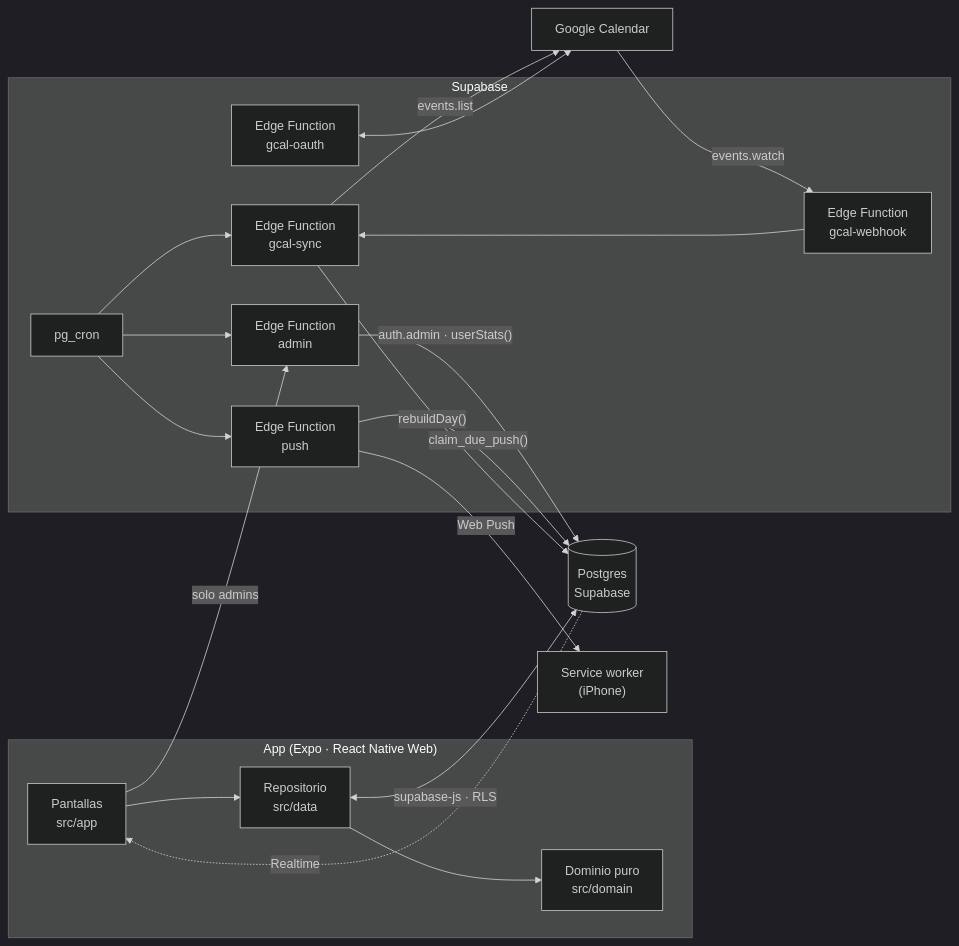
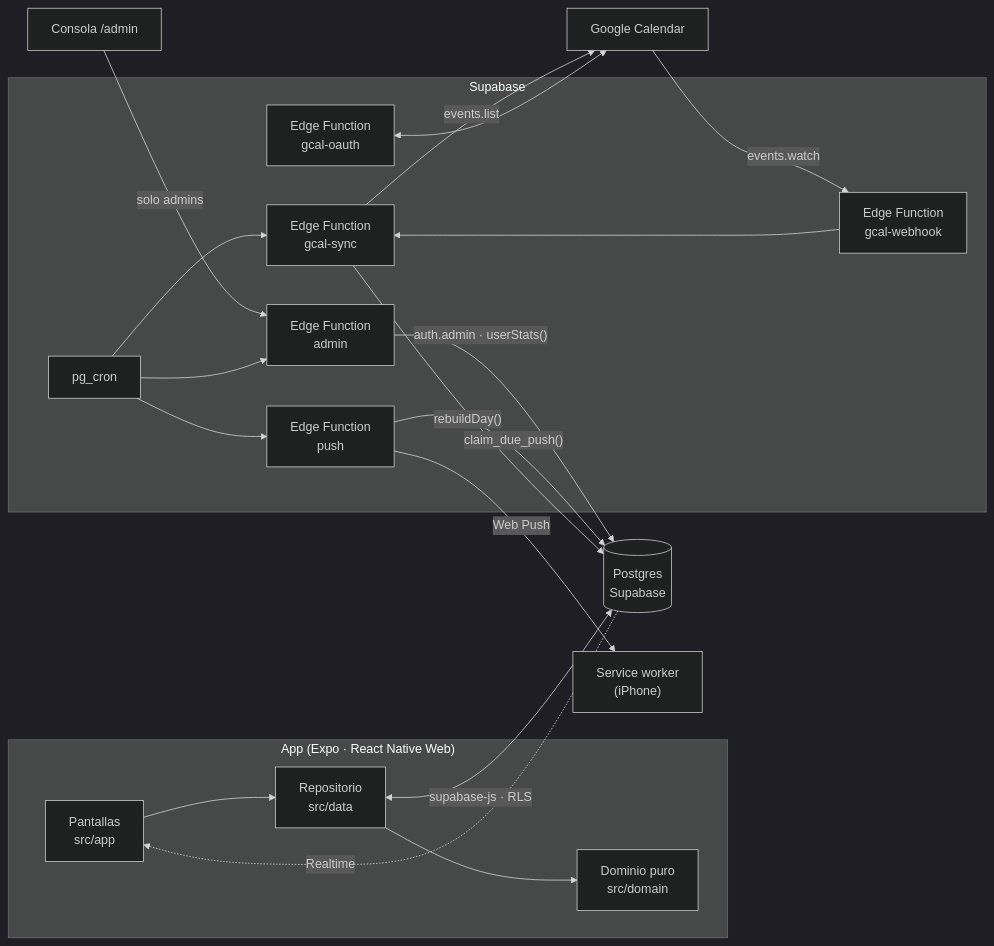
One commit to PabloVillagranGonz/mi-dia-app changed the diagram in README.md. Above: the diagram before and after it, drawn with Mermaid (dark theme). The commit also changed other lines of this file and 16 other files, not shown here.

First line of the commit message:
Consola de administración aparte para una cuenta de admin

````diff
--- a/README.md
+++ b/README.md
@@ -51,28 +51,28 @@
 ```mermaid
 flowchart LR
   subgraph Cliente["App (Expo · React Native Web)"]
     UI["Pantallas<br/>src/app"] --> Repo["Repositorio<br/>src/data"]
     Repo --> Dom["Dominio puro<br/>src/domain"]
   end
 
   Repo <-->|"supabase-js · RLS"| DB[("Postgres<br/>Supabase")]
   DB -. Realtime .-> UI
 
   subgraph Servidor["Supabase"]
     Cron["pg_cron"] --> Push["Edge Function<br/>push"]
     Cron --> Sync["Edge Function<br/>gcal-sync"]
     Hook["Edge Function<br/>gcal-webhook"] --> Sync
     OAuth["Edge Function<br/>gcal-oauth"]
     Admin["Edge Function<br/>admin"]
   end
-  UI -->|"solo admins"| Admin
+  Consola["Consola /admin"] -->|"solo admins"| Admin
   Cron --> Admin
   Admin -->|"auth.admin · userStats()"| DB
 
   Push -->|"claim_due_push()"| DB
   Push -->|Web Push| SW["Service worker<br/>(iPhone)"]
   GCal["Google Calendar"] -->|"events.watch"| Hook
   Sync -->|"events.list"| GCal
   Sync -->|"rebuildDay()"| DB
   OAuth <--> GCal
 ```
````
